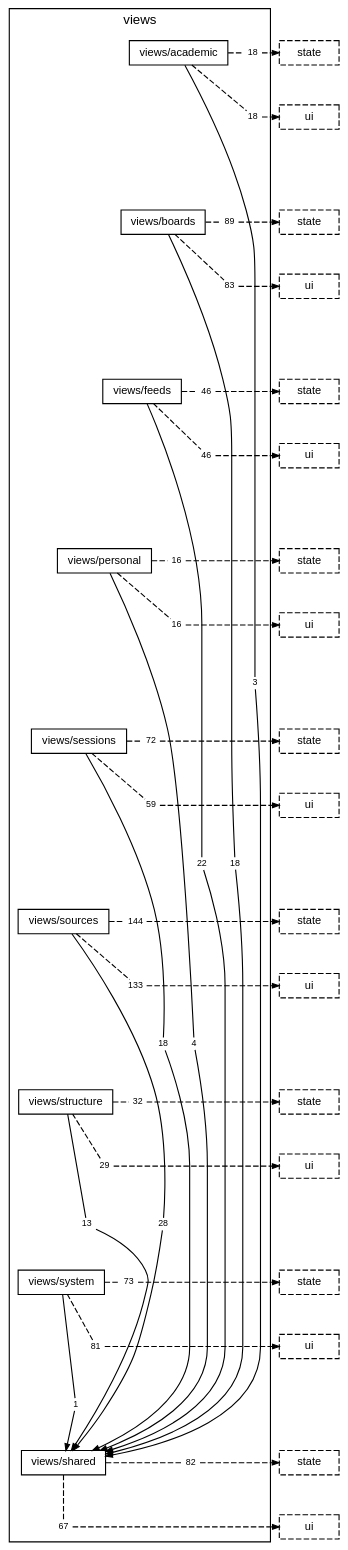
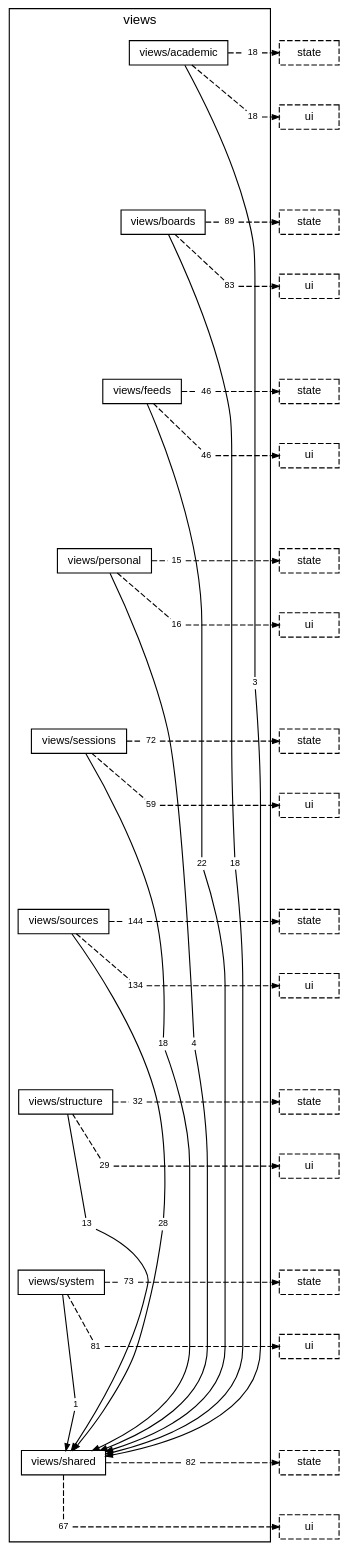
The diagram in docs/diagrams/layer-views.dot (TheAxeC/oculus), drawn with Graphviz before and after one commit. The commit also changed 79 other files, not shown here.

```diff
--- a/docs/diagrams/layer-views.dot
+++ b/docs/diagrams/layer-views.dot
@@ -23,14 +23,14 @@
         "folder views/feeds to layer state" [label="46", shape=box, color="transparent", fontsize=8, width=0, height=0, margin="0.04,0.02"];
         "folder views/feeds to layer ui" [label="46", shape=box, color="transparent", fontsize=8, width=0, height=0, margin="0.04,0.02"];
         "folder views/personal to folder views/shared" [label="4", shape=box, color="transparent", fontsize=8, width=0, height=0, margin="0.04,0.02"];
-        "folder views/personal to layer state" [label="16", shape=box, color="transparent", fontsize=8, width=0, height=0, margin="0.04,0.02"];
+        "folder views/personal to layer state" [label="15", shape=box, color="transparent", fontsize=8, width=0, height=0, margin="0.04,0.02"];
         "folder views/personal to layer ui" [label="16", shape=box, color="transparent", fontsize=8, width=0, height=0, margin="0.04,0.02"];
         "folder views/sessions to folder views/shared" [label="18", shape=box, color="transparent", fontsize=8, width=0, height=0, margin="0.04,0.02"];
         "folder views/sessions to layer state" [label="72", shape=box, color="transparent", fontsize=8, width=0, height=0, margin="0.04,0.02"];
         "folder views/sessions to layer ui" [label="59", shape=box, color="transparent", fontsize=8, width=0, height=0, margin="0.04,0.02"];
         "folder views/sources to folder views/shared" [label="28", shape=box, color="transparent", fontsize=8, width=0, height=0, margin="0.04,0.02"];
         "folder views/sources to layer state" [label="144", shape=box, color="transparent", fontsize=8, width=0, height=0, margin="0.04,0.02"];
-        "folder views/sources to layer ui" [label="133", shape=box, color="transparent", fontsize=8, width=0, height=0, margin="0.04,0.02"];
+        "folder views/sources to layer ui" [label="134", shape=box, color="transparent", fontsize=8, width=0, height=0, margin="0.04,0.02"];
         "folder views/structure to folder views/shared" [label="13", shape=box, color="transparent", fontsize=8, width=0, height=0, margin="0.04,0.02"];
         "folder views/structure to layer state" [label="32", shape=box, color="transparent", fontsize=8, width=0, height=0, margin="0.04,0.02"];
         "folder views/structure to layer ui" [label="29", shape=box, color="transparent", fontsize=8, width=0, height=0, margin="0.04,0.02"];
```
